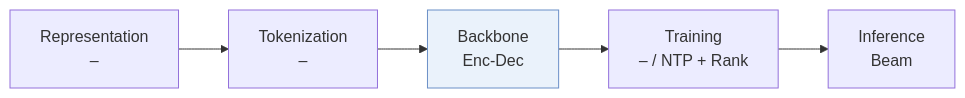
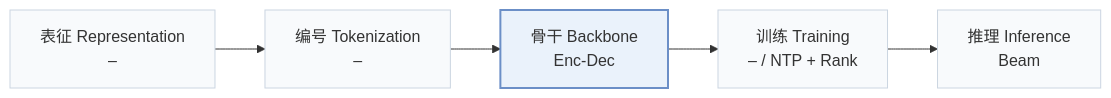
Before and after one commit to Galaxy-ghost/Awesome-SID-Generative-Rec: the first of 2 diagrams in pages/zh/papers/unisgr-v2.md, drawn with Mermaid. The commit also changed other lines of this file and 649 other files, not shown here.

Commit message:
writer-05: also tags and modality index (schema, check, build, visuals); summary field removed; calibration data for 12 papers

````diff
--- a/pages/zh/papers/unisgr-v2.md
+++ b/pages/zh/papers/unisgr-v2.md
@@ -13,6 +15,8 @@
 ```mermaid
 flowchart LR
-    R["Representation<br/>–"] --> T["Tokenization<br/>–"] --> B["Backbone<br/>Enc-Dec"] --> TR["Training<br/>– / NTP + Rank"] --> I["Inference<br/>Beam"]
-    classDef main fill:#eaf2fb,stroke:#6b8fc7
+    R["表征 Representation<br/>–"] --> T["编号 Tokenization<br/>–"] --> B["骨干 Backbone<br/>Enc-Dec"] --> TR["训练 Training<br/>– / NTP + Rank"] --> I["推理 Inference<br/>Beam"]
+    classDef base fill:#f8fafc,stroke:#cbd5e1
+    class R,T,B,TR,I base
+    classDef main fill:#eaf2fb,stroke:#6b8fc7,stroke-width:2px
     class B main
 ```
````
